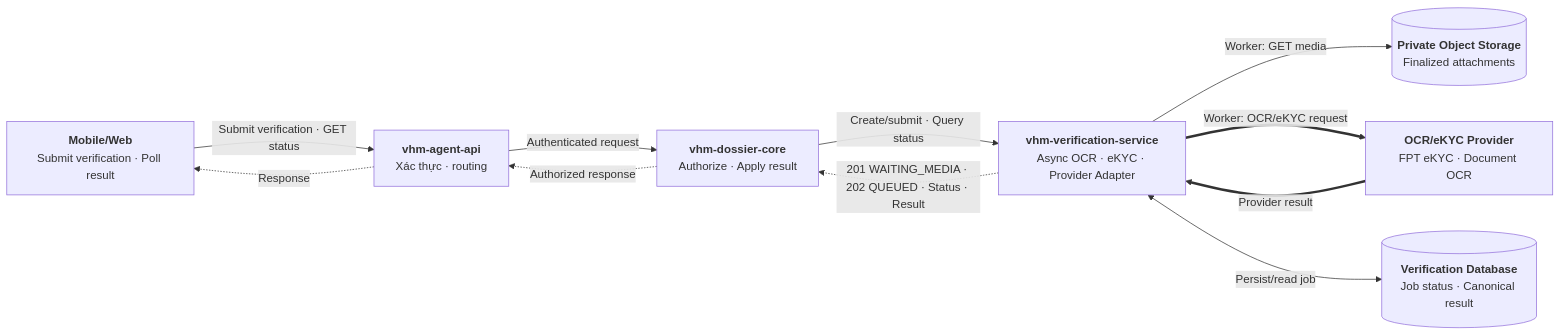
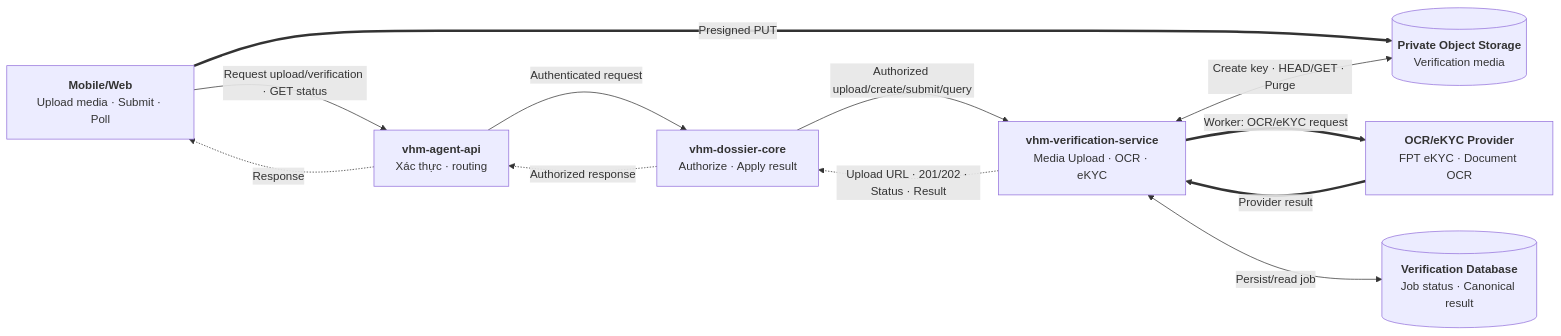
Before and after one commit to huynv-xyz/vhm: the first of 8 diagrams in noxh.md, drawn with Mermaid. The commit also changed other lines of this file, not shown here.

````diff
--- a/noxh.md
+++ b/noxh.md
@@ -70,30 +72,31 @@
 ```mermaid
 flowchart LR
     CLIENT["`**Mobile/Web**
-Submit verification · Poll result`"]
+Upload media · Submit · Poll`"]
     BFF["`**vhm-agent-api**
 Xác thực · routing`"]
     DOSSIER["`**vhm-dossier-core**
 Authorize · Apply result`"]
     VERIFY["`**vhm-verification-service**
-Async OCR · eKYC · Provider Adapter`"]
+Media Upload · OCR · eKYC`"]
     MEDIA[("`**Private Object Storage**
-Finalized attachments`")]
+Verification media`")]
     PROVIDER["`**OCR/eKYC Provider**
 FPT eKYC · Document OCR`"]
     DB[("`**Verification Database**
 Job status · Canonical result`")]
 
-    CLIENT -->|"Submit verification · GET status"| BFF
+    CLIENT -->|"Request upload/verification · GET status"| BFF
     BFF -->|"Authenticated request"| DOSSIER
-    DOSSIER -->|"Create/submit · Query status"| VERIFY
+    DOSSIER -->|"Authorized upload/create/submit/query"| VERIFY
 
-    VERIFY -->|"Worker: GET media"| MEDIA
+    CLIENT ==>|"Presigned PUT"| MEDIA
+    VERIFY <-->|"Create key · HEAD/GET · Purge"| MEDIA
     VERIFY ==>|"Worker: OCR/eKYC request"| PROVIDER
     PROVIDER ==>|"Provider result"| VERIFY
     VERIFY <-->|"Persist/read job"| DB
 
-    VERIFY -.->|"201 WAITING_MEDIA · 202 QUEUED · Status · Result"| DOSSIER
+    VERIFY -.->|"Upload URL · 201/202 · Status · Result"| DOSSIER
     DOSSIER -.->|"Authorized response"| BFF
     BFF -.->|"Response"| CLIENT
 ```
````
